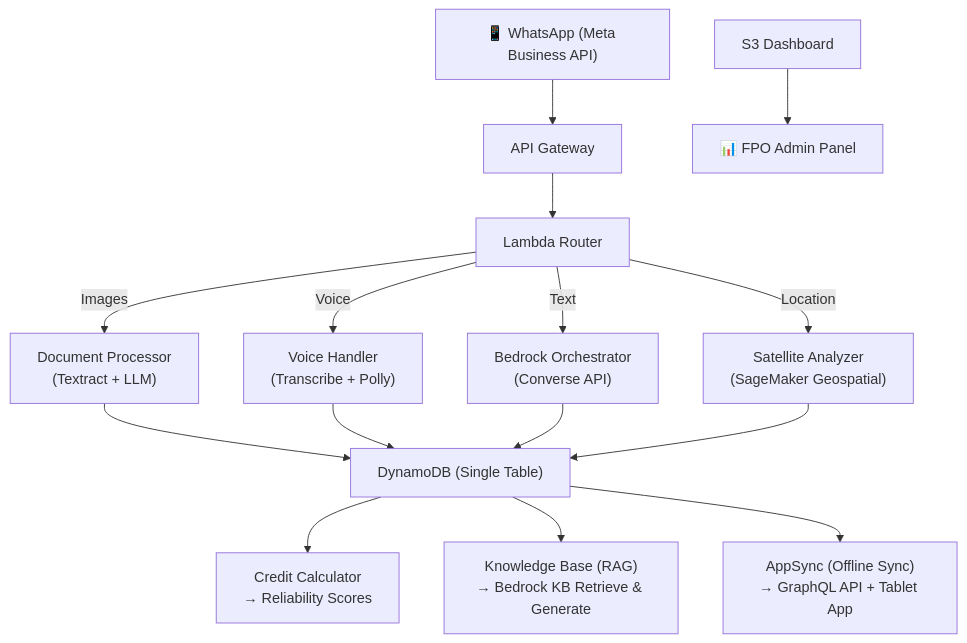
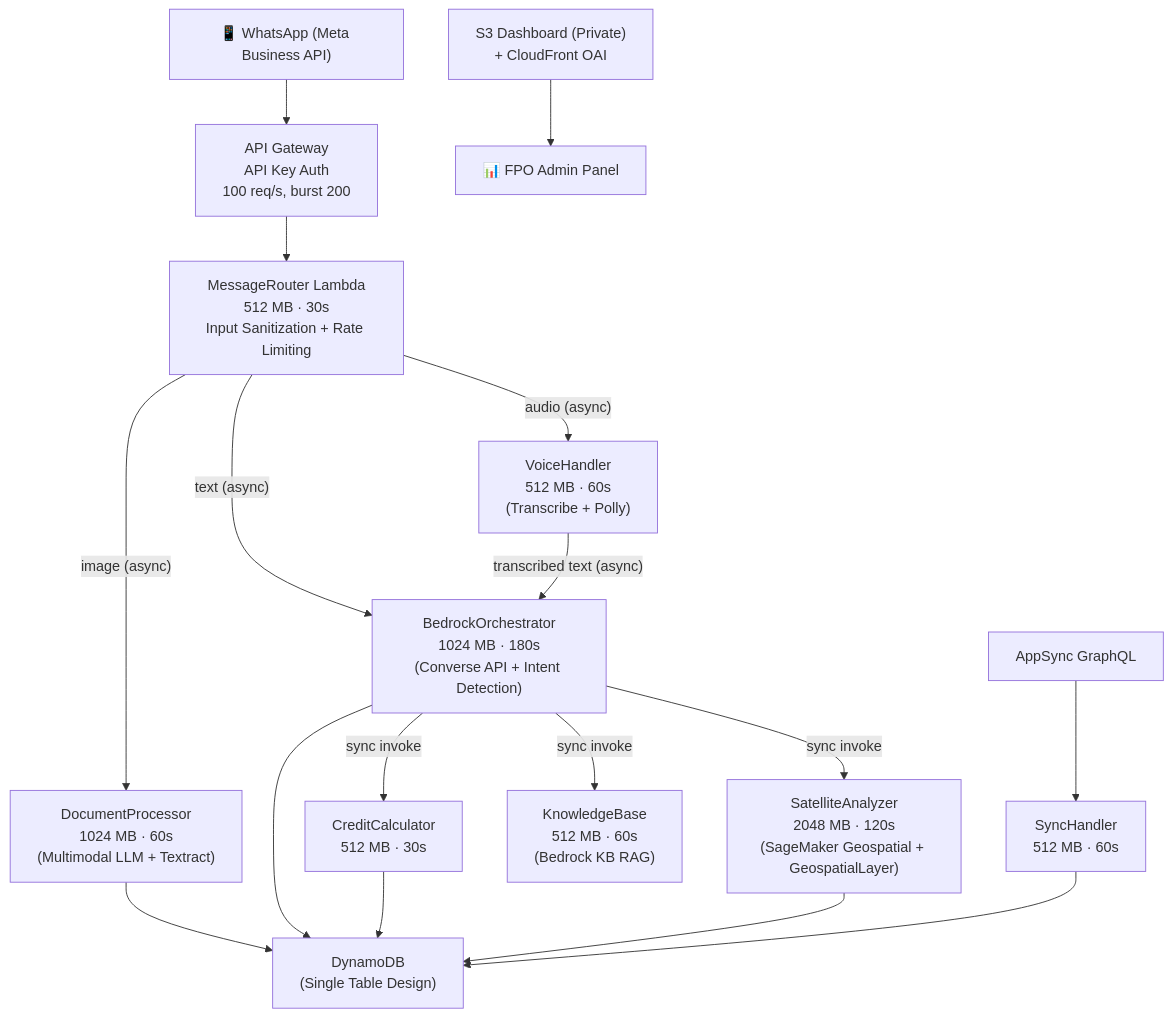
One commit to hackergod00001/Kisan-Setu changed the first of 5 diagrams in kisan-setu-mvp/README.md. Above: the diagram before and after it, drawn with Mermaid. The commit also changed other lines of this file and 1260 other files, not shown here.

First line of the commit message:
WIP: Architecture fixes and improvements for Phase 0

````diff
--- a/kisan-setu-mvp/README.md
+++ b/kisan-setu-mvp/README.md
@@ -82,21 +82,25 @@
 ```mermaid
 graph TB
-    WA["📱 WhatsApp (Meta Business API)"] --> APIGW["API Gateway"]
-    APIGW --> ROUTER["Lambda Router"]
+    WA["📱 WhatsApp (Meta Business API)"] --> APIGW["API Gateway<br/>API Key Auth<br/>100 req/s, burst 200"]
+    APIGW --> ROUTER["MessageRouter Lambda<br/>512 MB · 30s<br/>Input Sanitization + Rate Limiting"]
 
-    ROUTER -->|Images| DOC["Document Processor<br/>(Textract + LLM)"]
-    ROUTER -->|Voice| VOICE["Voice Handler<br/>(Transcribe + Polly)"]
-    ROUTER -->|Text| ORCH["Bedrock Orchestrator<br/>(Converse API)"]
-    ROUTER -->|Location| SAT["Satellite Analyzer<br/>(SageMaker Geospatial)"]
+    ROUTER -->|"image (async)"| DOC["DocumentProcessor<br/>1024 MB · 60s<br/>(Multimodal LLM + Textract)"]
+    ROUTER -->|"audio (async)"| VOICE["VoiceHandler<br/>512 MB · 60s<br/>(Transcribe + Polly)"]
+    ROUTER -->|"text (async)"| ORCH["BedrockOrchestrator<br/>1024 MB · 180s<br/>(Converse API + Intent Detection)"]
 
-    DOC --> DDB["DynamoDB (Single Table)"]
-    VOICE --> DDB
+    VOICE -->|"transcribed text (async)"| ORCH
+
+    ORCH -->|"sync invoke"| CREDIT["CreditCalculator<br/>512 MB · 30s"]
+    ORCH -->|"sync invoke"| SAT["SatelliteAnalyzer<br/>2048 MB · 120s<br/>(SageMaker Geospatial + GeospatialLayer)"]
+    ORCH -->|"sync invoke"| KB["KnowledgeBase<br/>512 MB · 60s<br/>(Bedrock KB RAG)"]
+
+    DOC --> DDB["DynamoDB<br/>(Single Table Design)"]
     ORCH --> DDB
+    CREDIT --> DDB
     SAT --> DDB
 
-    DDB --> CREDIT["Credit Calculator<br/>→ Reliability Scores"]
-    DDB --> KB["Knowledge Base (RAG)<br/>→ Bedrock KB Retrieve & Generate"]
-    DDB --> APPSYNC["AppSync (Offline Sync)<br/>→ GraphQL API + Tablet App"]
+    APPSYNC["AppSync GraphQL"] --> SYNC["SyncHandler<br/>512 MB · 60s"]
+    SYNC --> DDB
 
-    S3DASH["S3 Dashboard"] --> ADMIN["📊 FPO Admin Panel"]
+    S3DASH["S3 Dashboard (Private)<br/>+ CloudFront OAI"] --> ADMIN["📊 FPO Admin Panel"]
 ```
````
